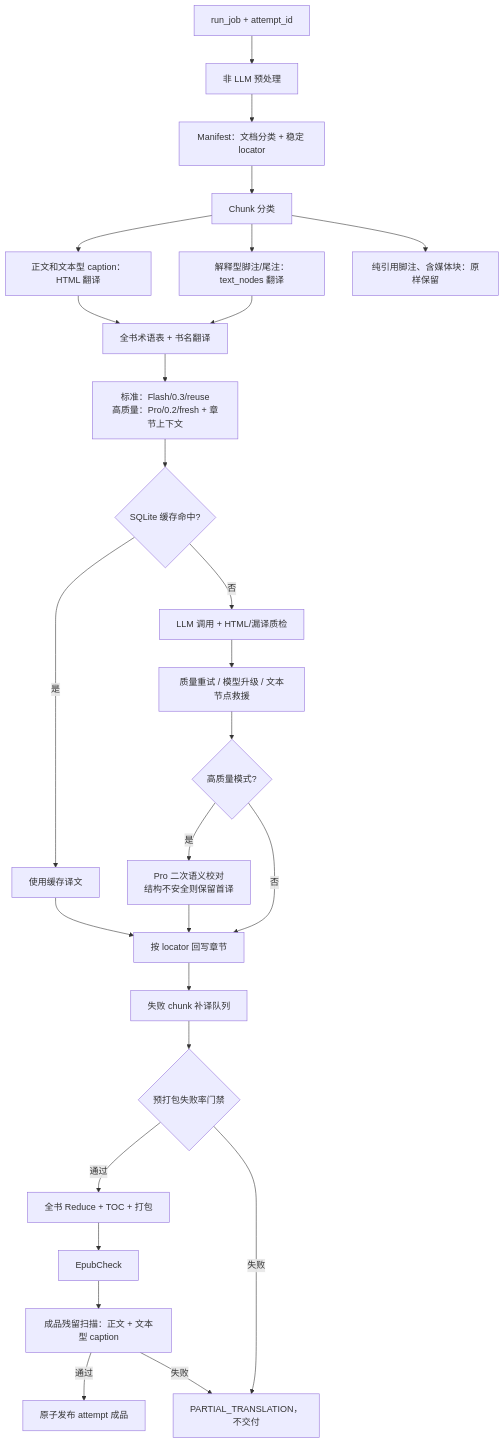
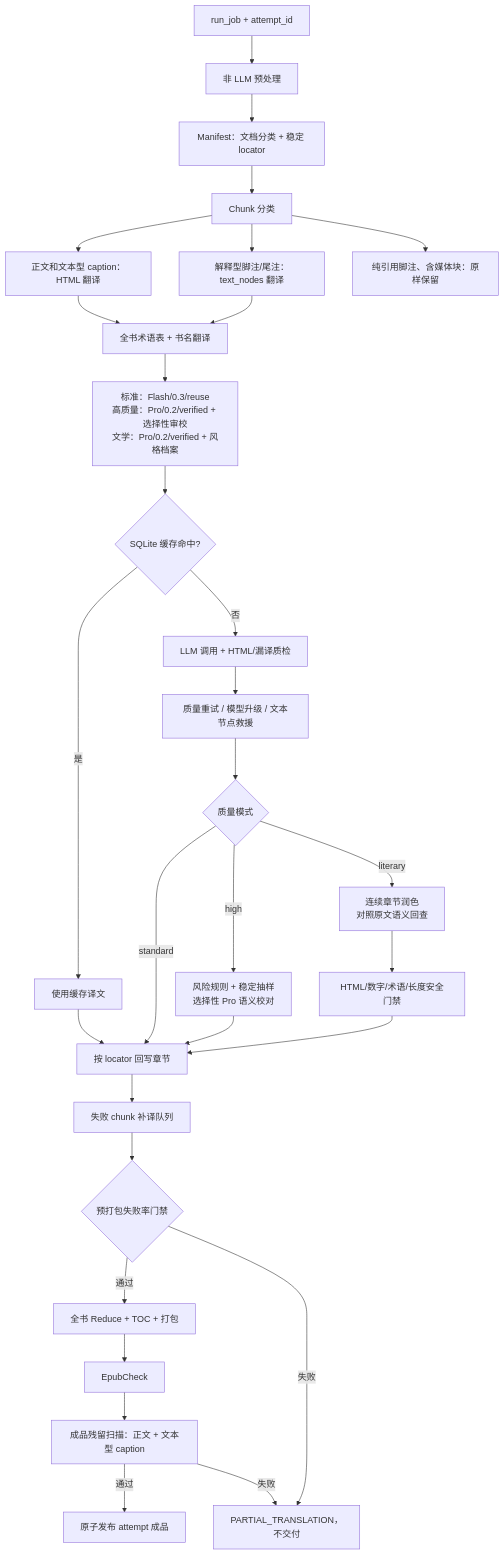
Before and after one commit to zengchanghuan/epub-factory: the second of 5 diagrams in docs/AI-TRANSLATION-DESIGN.md, drawn with Mermaid. The commit also changed other lines of this file and 14 other files, not shown here.

````diff
--- a/docs/AI-TRANSLATION-DESIGN.md
+++ b/docs/AI-TRANSLATION-DESIGN.md
@@ -99,29 +99,32 @@
 ```mermaid
 flowchart TD
     A["run_job + attempt_id"] --> B["非 LLM 预处理"]
     B --> C["Manifest：文档分类 + 稳定 locator"]
     C --> D["Chunk 分类"]
     D --> D1["正文和文本型 caption：HTML 翻译"]
     D --> D2["解释型脚注/尾注：text_nodes 翻译"]
     D --> D3["纯引用脚注、含媒体块：原样保留"]
     D1 --> E["全书术语表 + 书名翻译"]
     D2 --> E
-    E --> F["标准：Flash/0.3/reuse<br/>高质量：Pro/0.2/fresh + 章节上下文"]
+    E --> F["标准：Flash/0.3/reuse<br/>高质量：Pro/0.2/verified + 选择性审校<br/>文学：Pro/0.2/verified + 风格档案"]
     F --> G{"SQLite 缓存命中?"}
     G -->|"是"| H["使用缓存译文"]
     G -->|"否"| I["LLM 调用 + HTML/漏译质检"]
     I --> J["质量重试 / 模型升级 / 文本节点救援"]
-    J --> J2{"高质量模式?"}
-    J2 -->|"是"| J3["Pro 二次语义校对<br/>结构不安全则保留首译"]
-    J2 -->|"否"| K
+    J --> J2{"质量模式"}
+    J2 -->|"standard"| K
+    J2 -->|"high"| J3["风险规则 + 稳定抽样<br/>选择性 Pro 语义校对"]
+    J2 -->|"literary"| J4["连续章节润色<br/>对照原文语义回查"]
     J3 --> K
+    J4 --> J5["HTML/数字/术语/长度安全门禁"]
+    J5 --> K
     H --> K["按 locator 回写章节"]
     K --> L["失败 chunk 补译队列"]
     L --> M{"预打包失败率门禁"}
     M -->|"通过"| N["全书 Reduce + TOC + 打包"]
     M -->|"失败"| X["PARTIAL_TRANSLATION，不交付"]
     N --> O["EpubCheck"]
     O --> P["成品残留扫描：正文 + 文本型 caption"]
     P -->|"通过"| Q["原子发布 attempt 成品"]
     P -->|"失败"| X
 ```
````
